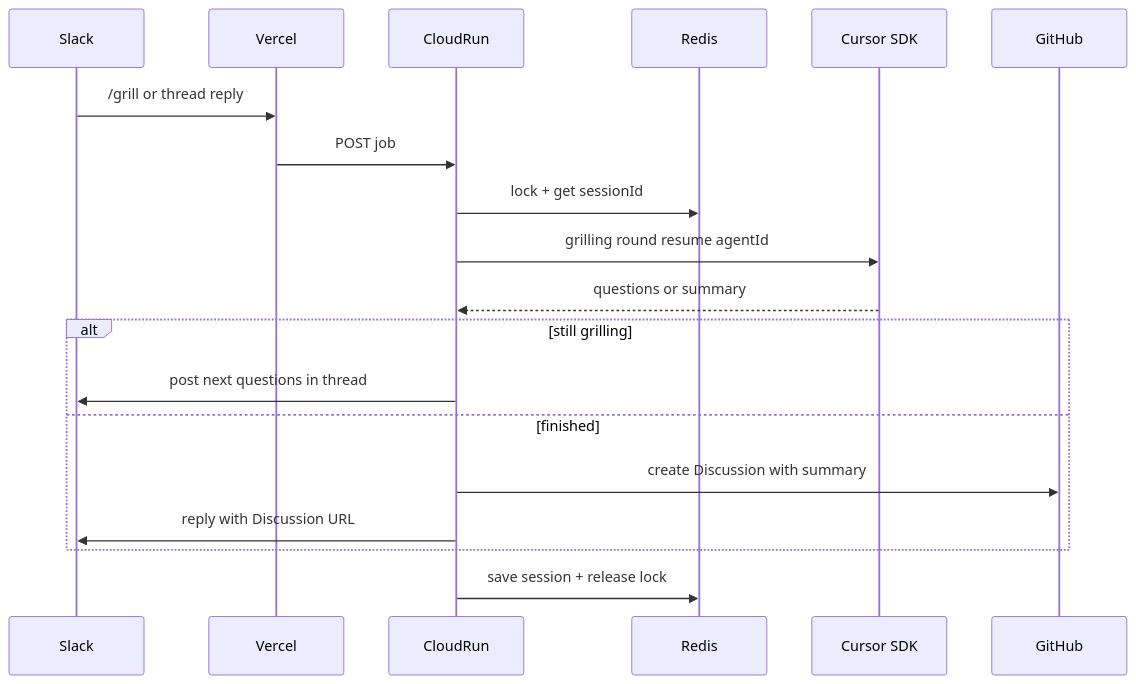
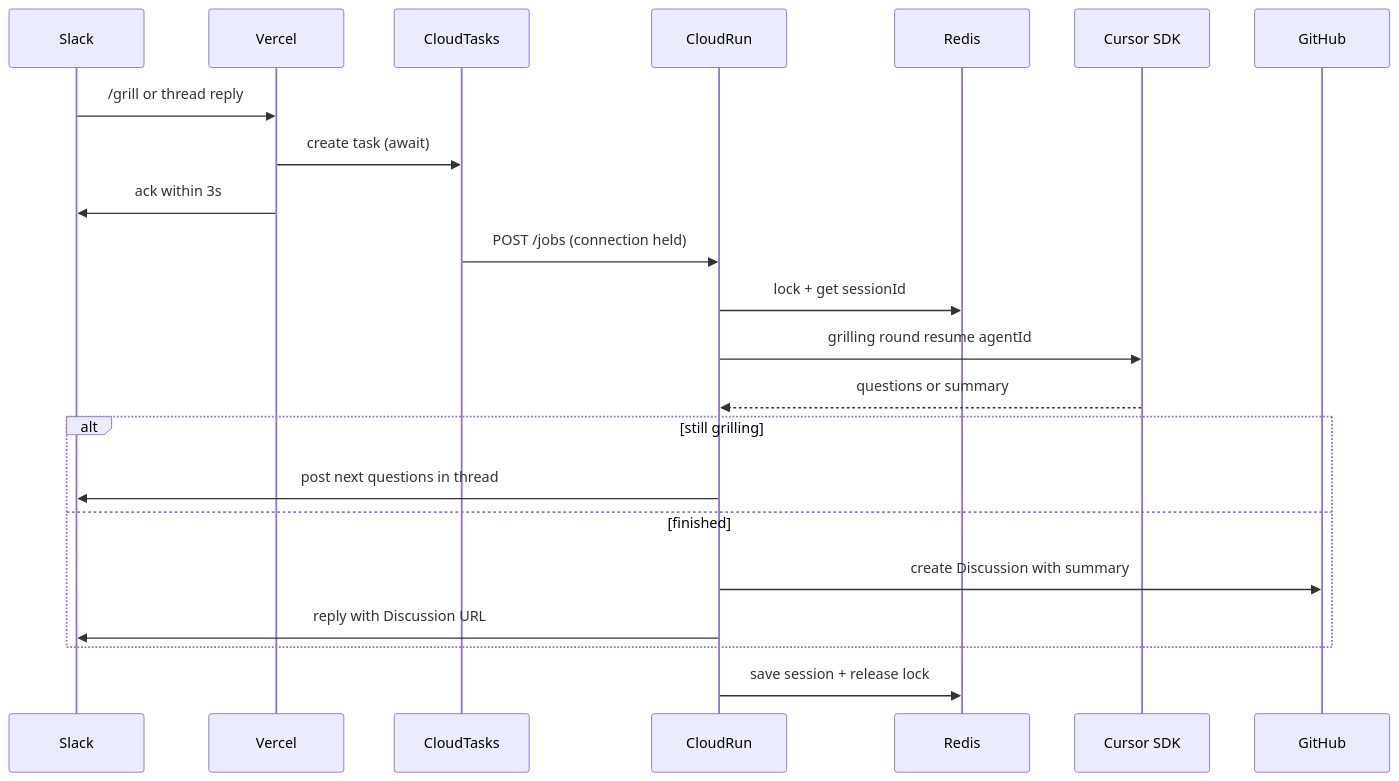
The fourth of 5 diagrams in docs/architecture.md (tentaShiratori/slack-ai-agent), drawn with Mermaid before and after one commit. The commit also changed other lines of this file and 23 other files, not shown here.

First line of the commit message:
feat: Vercel から Cloud Run へは Cloud Tasks 経由で配送する

````diff
--- a/docs/architecture.md
+++ b/docs/architecture.md
@@ -122,22 +136,25 @@
 ```mermaid
 sequenceDiagram
   participant Slack
   participant Vercel
+  participant Tasks as CloudTasks
   participant Run as CloudRun
   participant Redis
   participant Cursor as Cursor SDK
   participant GH as GitHub
 
   Slack->>Vercel: /grill or thread reply
-  Vercel->>Run: POST job
+  Vercel->>Tasks: create task (await)
+  Vercel->>Slack: ack within 3s
+  Tasks->>Run: POST /jobs (connection held)
   Run->>Redis: lock + get sessionId
   Run->>Cursor: grilling round resume agentId
   Cursor-->>Run: questions or summary
   alt still grilling
     Run->>Slack: post next questions in thread
   else finished
     Run->>GH: create Discussion with summary
     Run->>Slack: reply with Discussion URL
   end
   Run->>Redis: save session + release lock
 ```
````
